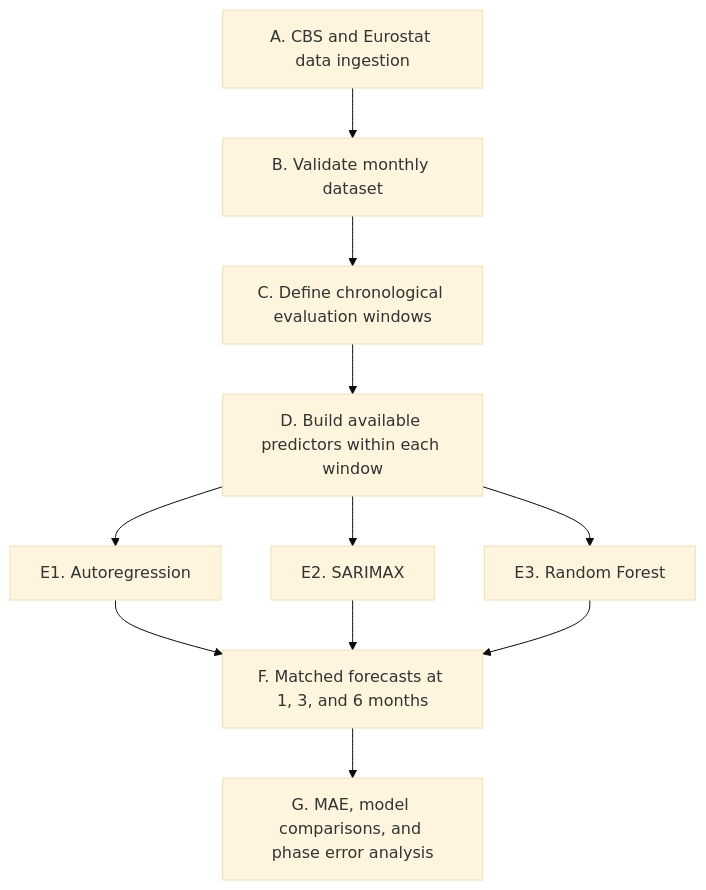
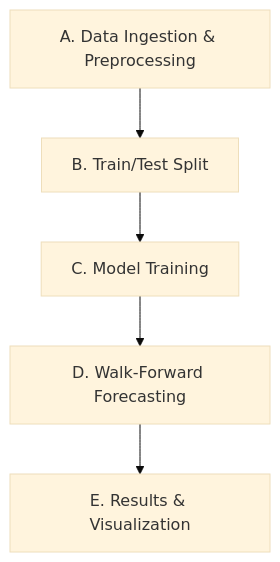
One commit to ben-mikus/nl-immigration-thesis changed the diagram in reports/Methodology Overview.md. Above: the diagram before and after it, drawn with Mermaid (base theme). The commit also changed other lines of this file, not shown here.

````diff
--- a/reports/Methodology Overview.md
+++ b/reports/Methodology Overview.md
@@ -30,13 +29,10 @@
 ```mermaid
 flowchart TD
-    A["A. CBS and Eurostat data ingestion"] --> B["B. Validate monthly dataset"]
-    B --> C["C. Define chronological evaluation windows"]
-    C --> D["D. Build available predictors within each window"]
-    D --> E["E1. Autoregression"]
-    D --> F["E2. SARIMAX"]
-    D --> G["E3. Random Forest"]
-    E --> H["F. Matched forecasts at 1, 3, and 6 months"]
-    F --> H
-    G --> H
-    H --> I["G. MAE, model comparisons, and phase error analysis"]
+    A["A. Data Ingestion & Preprocessing"]
+    B["B. Train/Test Split"]
+    C["C. Model Training"]
+    D["D. Walk-Forward Forecasting"]
+    E["E. Results & Visualization"]
+
+    A --> B --> C --> D --> E
 ```
````
